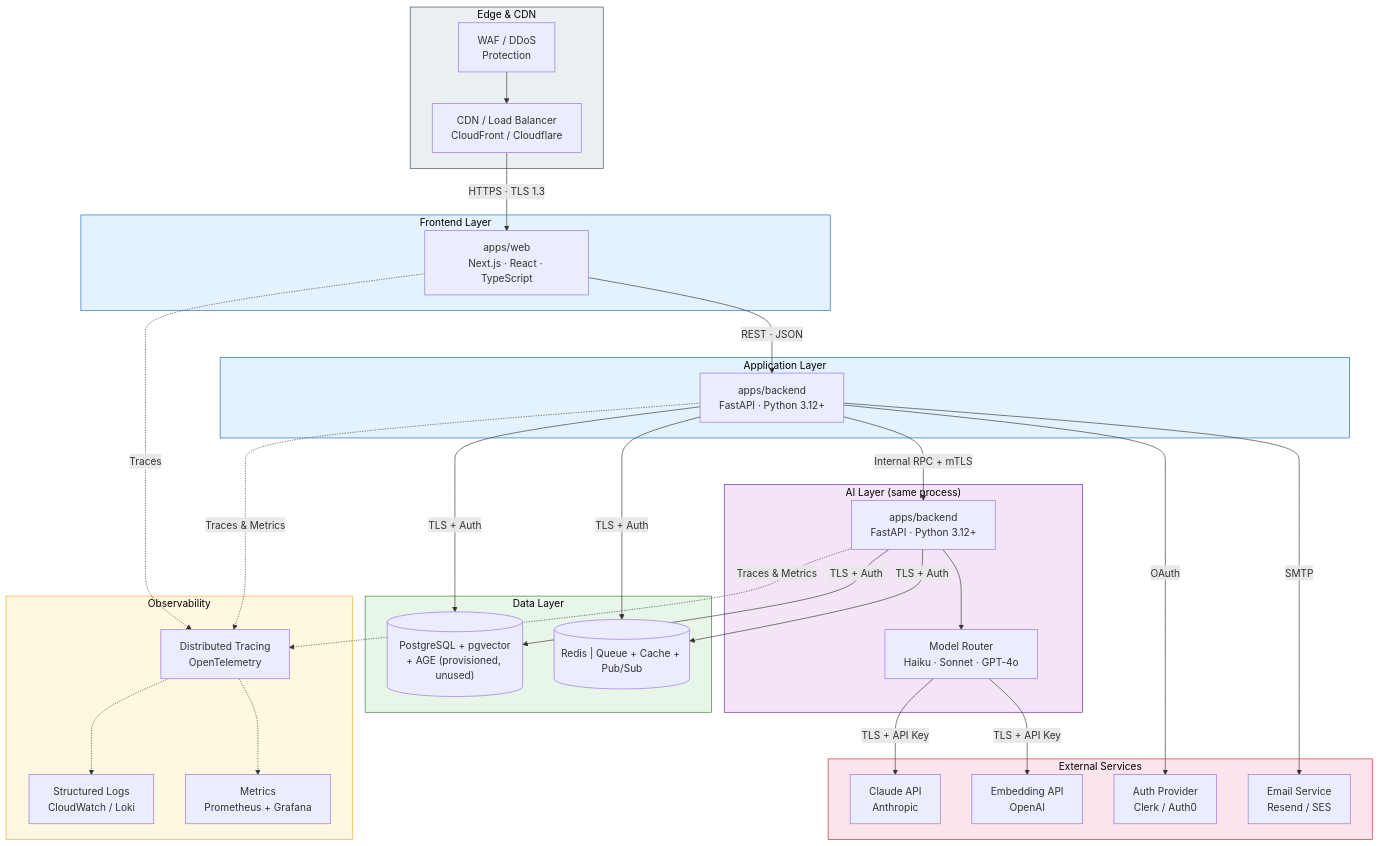
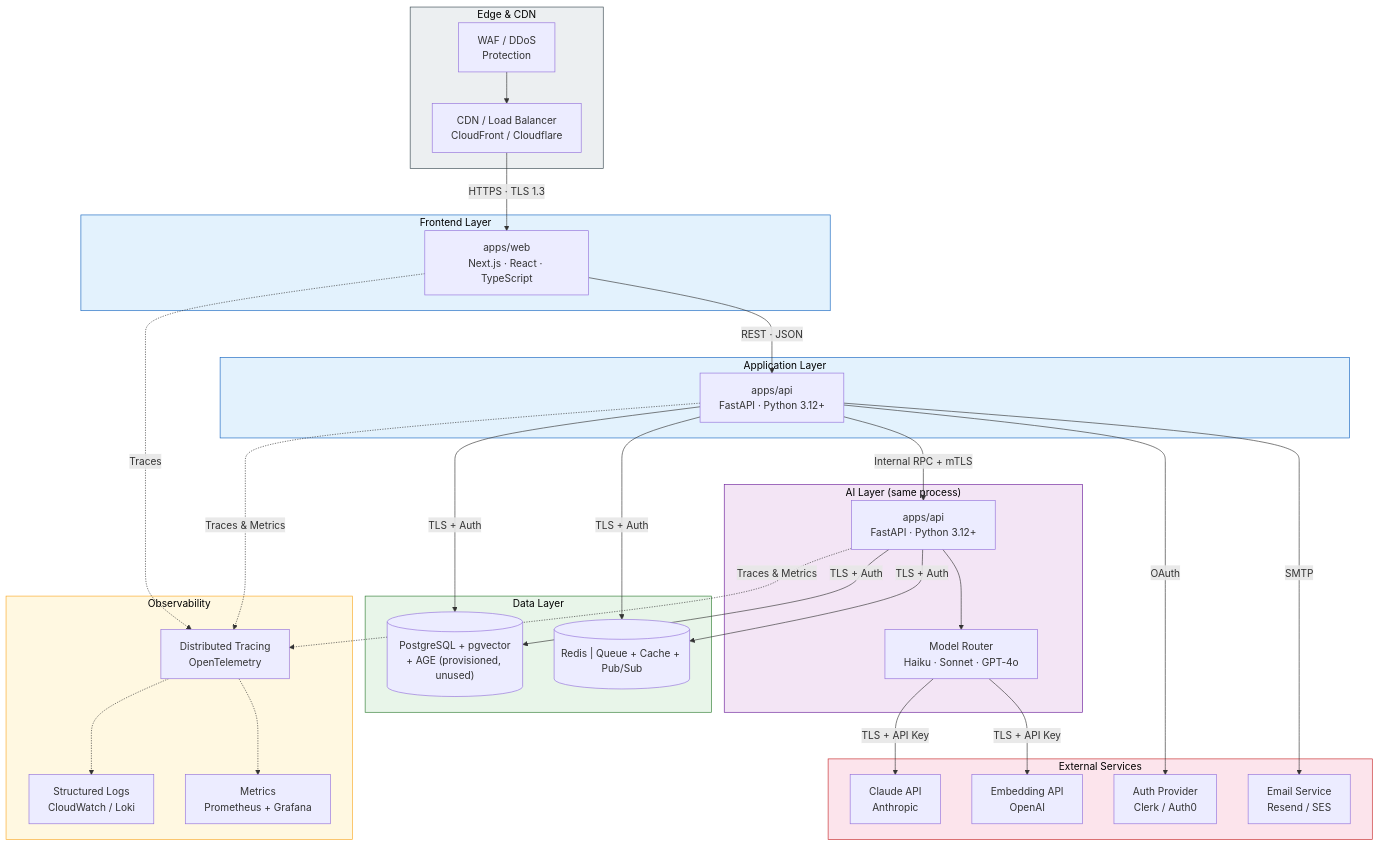
The second of 4 diagrams in docs/architecture/System-Design.md (Driftloom/Vaeloom), drawn with Mermaid before and after one commit. The commit also changed other lines of this file and 730 other files, not shown here.

First line of the commit message:
refactor: rename apps/backend to apps/api + upgrade MVP-P02 prompt

````diff
--- a/docs/architecture/System-Design.md
+++ b/docs/architecture/System-Design.md
@@ -150,81 +150,81 @@
 ```mermaid
 graph TB
     subgraph Edge["Edge & CDN"]
         LB["CDN / Load Balancer<br/>CloudFront / Cloudflare"]
         WAF["WAF / DDoS<br/>Protection"]
     end
 
     subgraph Frontend["Frontend Layer"]
         Web["apps/web<br/>Next.js · React · TypeScript"]
     end
 
     subgraph API_Layer["Application Layer"]
-        API["apps/backend<br/>FastAPI · Python 3.12+"]
+        API["apps/api<br/>FastAPI · Python 3.12+"]
     end
 
     subgraph AI_Layer["AI Layer (same process)"]
-        AISvc["apps/backend<br/>FastAPI · Python 3.12+"]
+        AISvc["apps/api<br/>FastAPI · Python 3.12+"]
         Router["Model Router<br/>Haiku · Sonnet · GPT-4o"]
     end
 
     subgraph Data["Data Layer"]
         PG[("PostgreSQL + pgvector<br/>+ AGE (provisioned, unused)")]
         Redis[("Redis | Queue + Cache + Pub/Sub")]
     end
 
     subgraph Observability["Observability"]
         Logs["Structured Logs<br/>CloudWatch / Loki"]
         Metrics["Metrics<br/>Prometheus + Grafana"]
         Tracing["Distributed Tracing<br/>OpenTelemetry"]
     end
 
     subgraph External["External Services"]
         Claude["Claude API<br/>Anthropic"]
         Embed["Embedding API<br/>OpenAI"]
         SSO["Auth Provider<br/>Clerk / Auth0"]
         Email["Email Service<br/>Resend / SES"]
     end
 
     %% Edge to Frontend
     WAF --> LB
     LB -->|HTTPS · TLS 1.3| Web
 
     %% Frontend to API
     Web -->|REST · JSON| API
 
     %% API to AI
     API -->|Internal RPC + mTLS| AISvc
 
     %% API to Data
     API -->|TLS + Auth| PG
     API -->|TLS + Auth| Redis
 
     %% AI to Data
     AISvc -->|TLS + Auth| PG
     AISvc -->|TLS + Auth| Redis
 
     %% AI to External
     AISvc --> Router
     Router -->|TLS + API Key| Claude
     Router -->|TLS + API Key| Embed
 
     %% API to External
     API -->|OAuth| SSO
     API -->|SMTP| Email
 
     %% Observability
     Web -.->|Traces| Tracing
     API -.->|Traces & Metrics| Tracing
     AISvc -.->|Traces & Metrics| Tracing
     Tracing -.-> Logs
     Tracing -.-> Metrics
 
     %% Styling
     style Edge fill:#eceff1,stroke:#37474f,color:#000
     style Frontend fill:#e3f2fd,stroke:#1565c0,color:#000
     style API_Layer fill:#e3f2fd,stroke:#1565c0,color:#000
     style AI_Layer fill:#f3e5f5,stroke:#6a1b9a,color:#000
     style Data fill:#e8f5e9,stroke:#2e7d32,color:#000
     style Observability fill:#fff8e1,stroke:#f9a825,color:#000
     style External fill:#fce4ec,stroke:#c62828,color:#000
 ```
````
